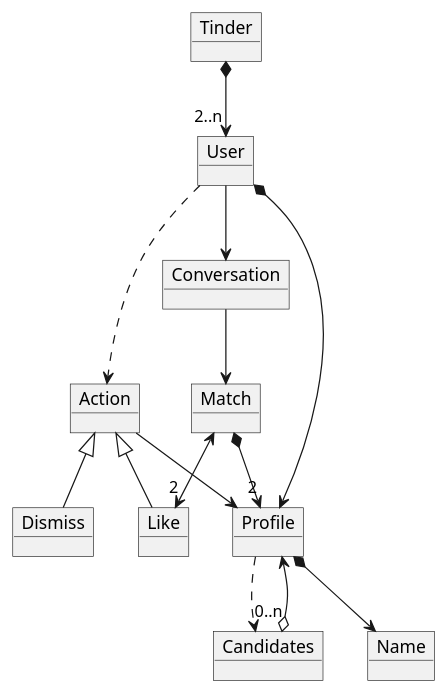
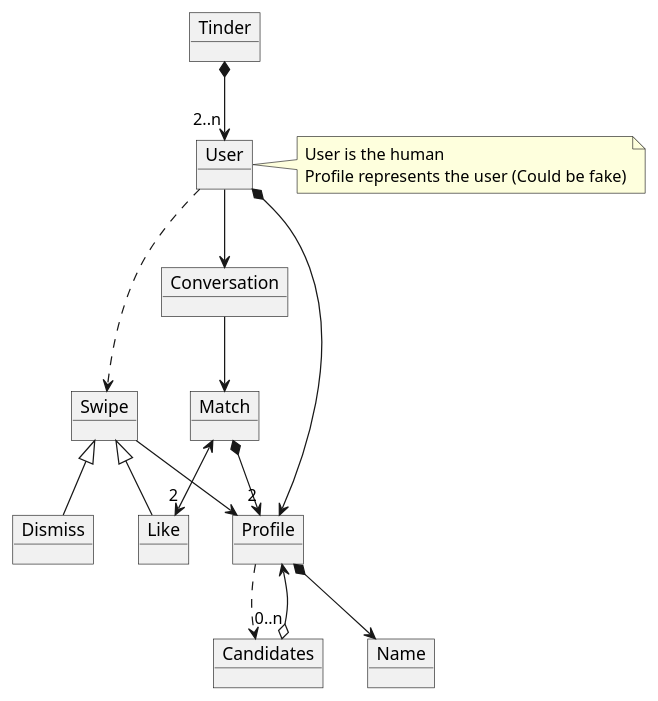
The diagram in docs/src/domain-model.puml (fraylopez/tinder), drawn with PlantUML before and after one commit.

Commit message:
Updated domain model

```diff
--- a/docs/src/domain-model.puml
+++ b/docs/src/domain-model.puml
@@ -1,33 +1,37 @@
 @startuml
 
 object Tinder
 object Match
 object Like
 object Dismiss
-object Action
+object Swipe
 object Candidates
 object User
+note right
+User is the human
+Profile represents the user (Could be fake)
+end note
 object Profile
 object Name
 object Conversation
 
-User ..> Action
+User ..> Swipe
 User *--> Profile
 
 Tinder *--> "2..n" User
 Profile *--> Name
 
-Like -up-|> Action
-Dismiss -up-|> Action
+Like -up-|> Swipe
+Dismiss -up-|> Swipe
 Candidates "0..n" o-down-> Profile
 
 Profile ..> Candidates
 Conversation --> Match
 
-Action --> Profile
+Swipe --> Profile
 Match *--> "2" Profile
 Match <--> "2" Like
 
 User --> Conversation
 
 @enduml
```
